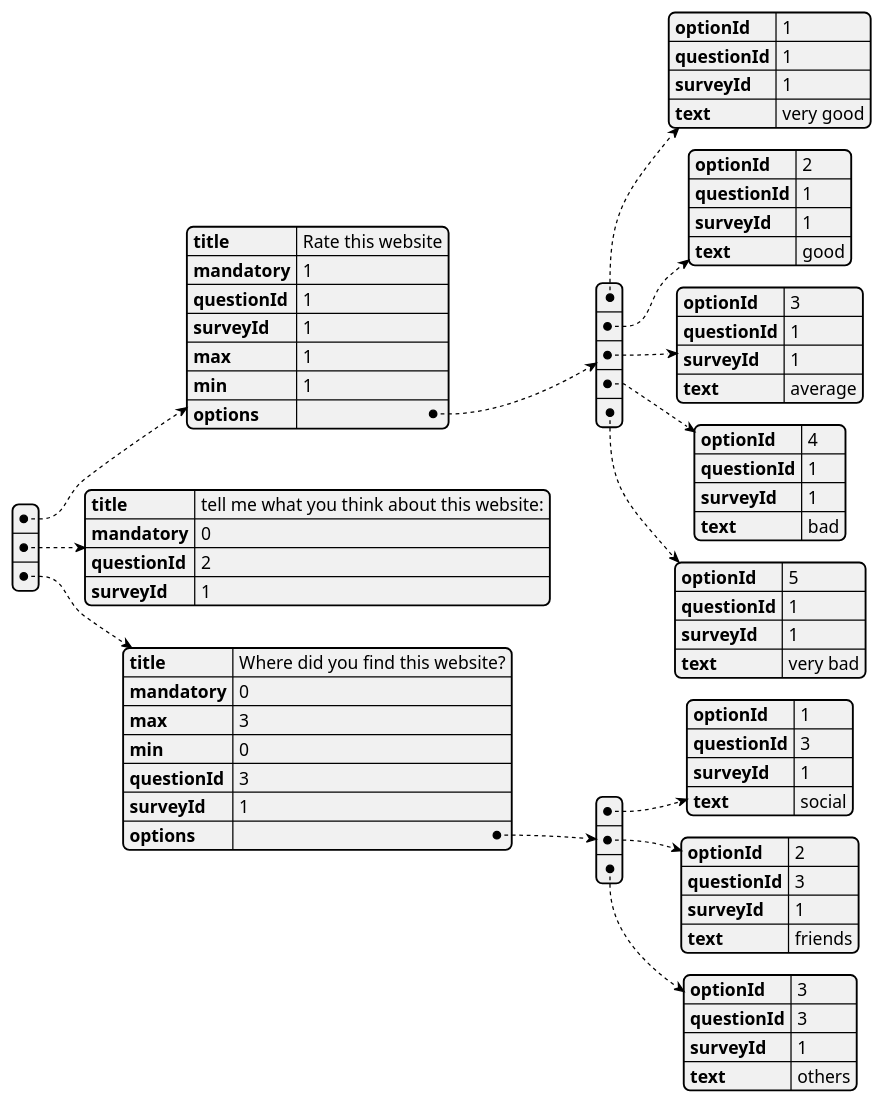
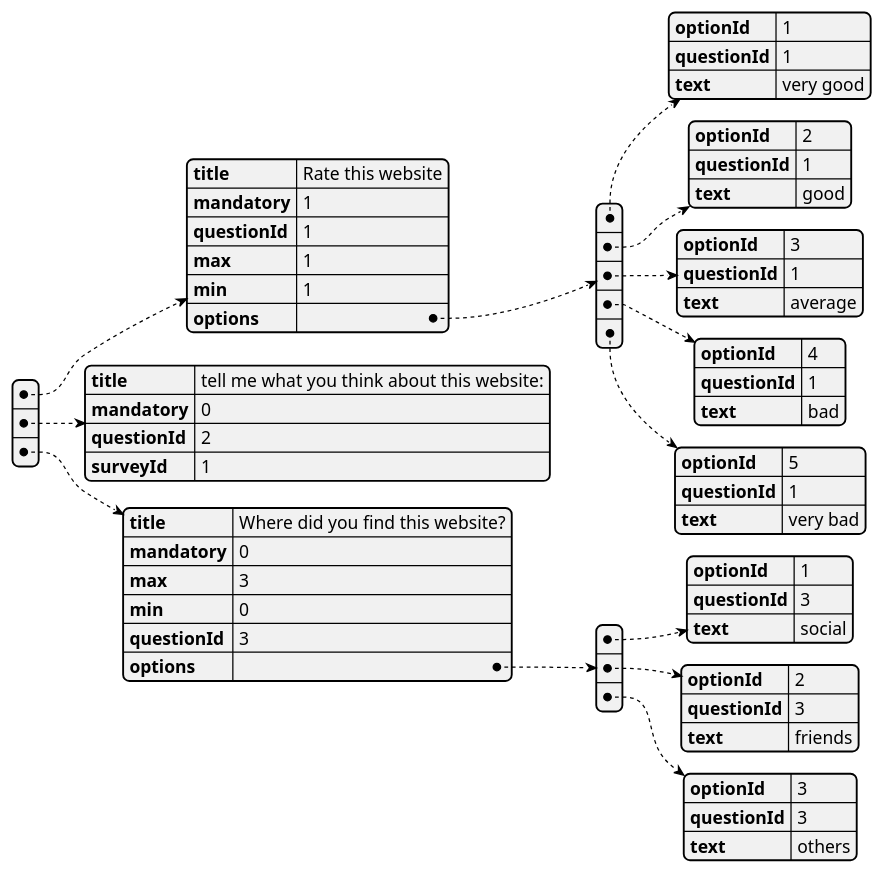
Before and after one commit to MattiaRiola/WA1_exam_survey: the first of 6 diagrams in README.md, drawn with PlantUML. The commit also changed other lines of this file and 1 other file, not shown here.

Commit message:
fix: change questions vector (delete in each question surveyId)

````diff
--- a/README.md
+++ b/README.md
@@ -46,5 +46,5 @@
 ```plantuml
 @startjson
-[{"title":"Rate this website","mandatory":1,"questionId":1,"surveyId":1,"max":1,"min":1,"options":[{"optionId":1,"questionId":1,"surveyId":1,"text":"very good"},{"optionId":2,"questionId":1,"surveyId":1,"text":"good"},{"optionId":3,"questionId":1,"surveyId":1,"text":"average"},{"optionId":4,"questionId":1,"surveyId":1,"text":"bad"},{"optionId":5,"questionId":1,"surveyId":1,"text":"very bad"}]},{"title":"tell me what you think about this website:","mandatory":0,"questionId":2,"surveyId":1},{"title":"Where did you find this website?","mandatory":0,"max":3,"min":0,"questionId":3,"surveyId":1,"options":[{"optionId":1,"questionId":3,"surveyId":1,"text":"social"},{"optionId":2,"questionId":3,"surveyId":1,"text":"friends"},{"optionId":3,"questionId":3,"surveyId":1,"text":"others"}]}]
+[{"title":"Rate this website","mandatory":1,"questionId":1,"max":1,"min":1,"options":[{"optionId":1,"questionId":1,"text":"very good"},{"optionId":2,"questionId":1,"text":"good"},{"optionId":3,"questionId":1, "text":"average"},{"optionId":4,"questionId":1, "text":"bad"},{"optionId":5,"questionId":1, "text":"very bad"}]},{"title":"tell me what you think about this website:","mandatory":0,"questionId":2,"surveyId":1},{"title":"Where did you find this website?","mandatory":0,"max":3,"min":0,"questionId":3, "options":[{"optionId":1,"questionId":3, "text":"social"},{"optionId":2,"questionId":3, "text":"friends"},{"optionId":3,"questionId":3, "text":"others"}]}]
 @endjson
 ```
````
